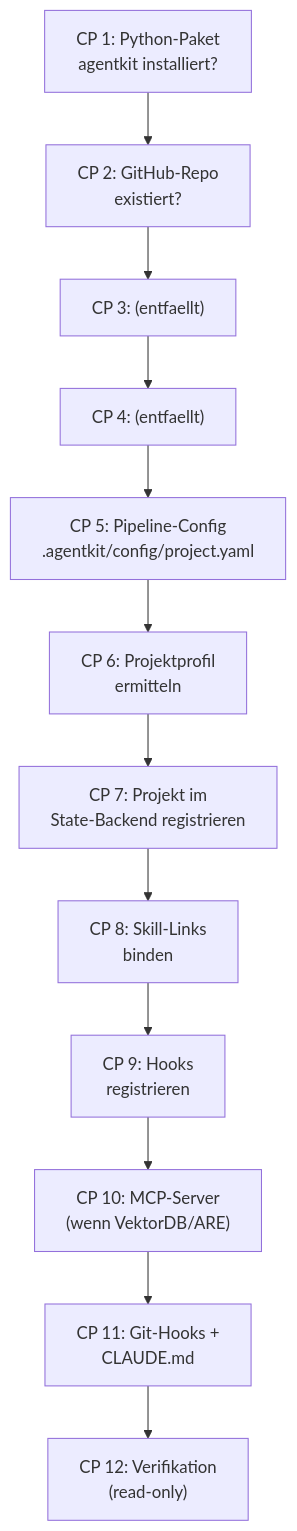
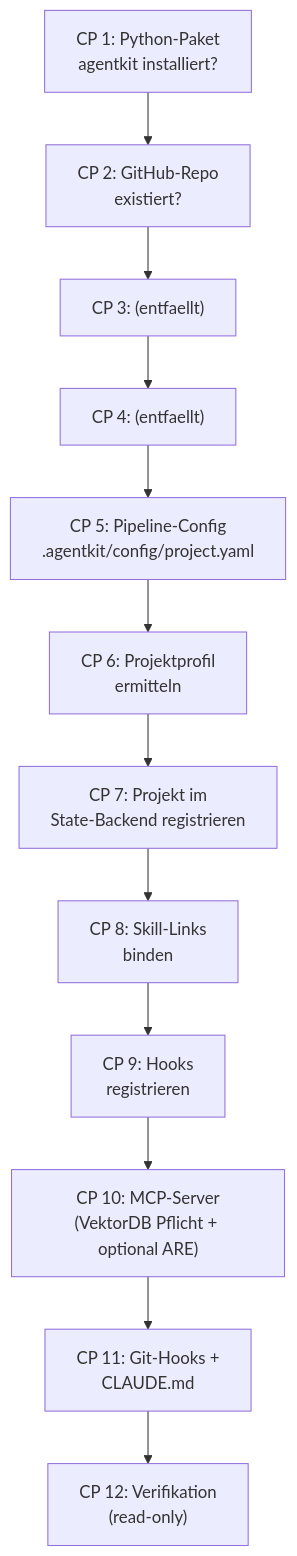
Before and after one commit to saltenhof/claude-agentkit3: the diagram in concept/technical-design/50_installer_checkpoint_engine_bootstrap.md, drawn with Mermaid. The commit also changed other lines of this file and 199 other files, not shown here.

````diff
--- a/concept/technical-design/50_installer_checkpoint_engine_bootstrap.md
+++ b/concept/technical-design/50_installer_checkpoint_engine_bootstrap.md
@@ -152,15 +152,15 @@
 ```mermaid
 flowchart TD
     CP1["CP 1: Python-Paket<br/>agentkit installiert?"] --> CP2
     CP2["CP 2: GitHub-Repo<br/>existiert?"] --> CP3
     CP3["CP 3: (entfaellt)"] --> CP4
     CP4["CP 4: (entfaellt)"] --> CP5
     CP5["CP 5: Pipeline-Config<br/>.agentkit/config/project.yaml"] --> CP6
     CP6["CP 6: Projektprofil<br/>ermitteln"] --> CP7
     CP7["CP 7: Projekt im<br/>State-Backend registrieren"] --> CP8
     CP8["CP 8: Skill-Links<br/>binden"] --> CP9
     CP9["CP 9: Hooks<br/>registrieren"] --> CP10
-    CP10["CP 10: MCP-Server<br/>(wenn VektorDB/ARE)"] --> CP11
+    CP10["CP 10: MCP-Server<br/>(VektorDB Pflicht + optional ARE)"] --> CP11
     CP11["CP 11: Git-Hooks +<br/>CLAUDE.md"] --> CP12
     CP12["CP 12: Verifikation<br/>(read-only)"]
 ```
````
